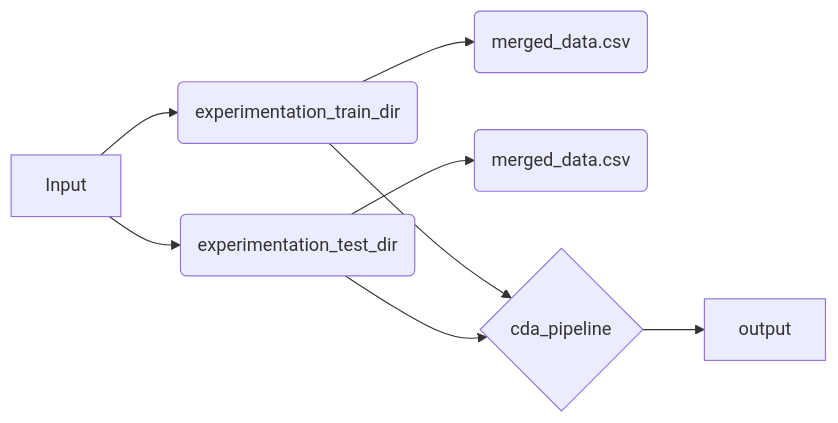
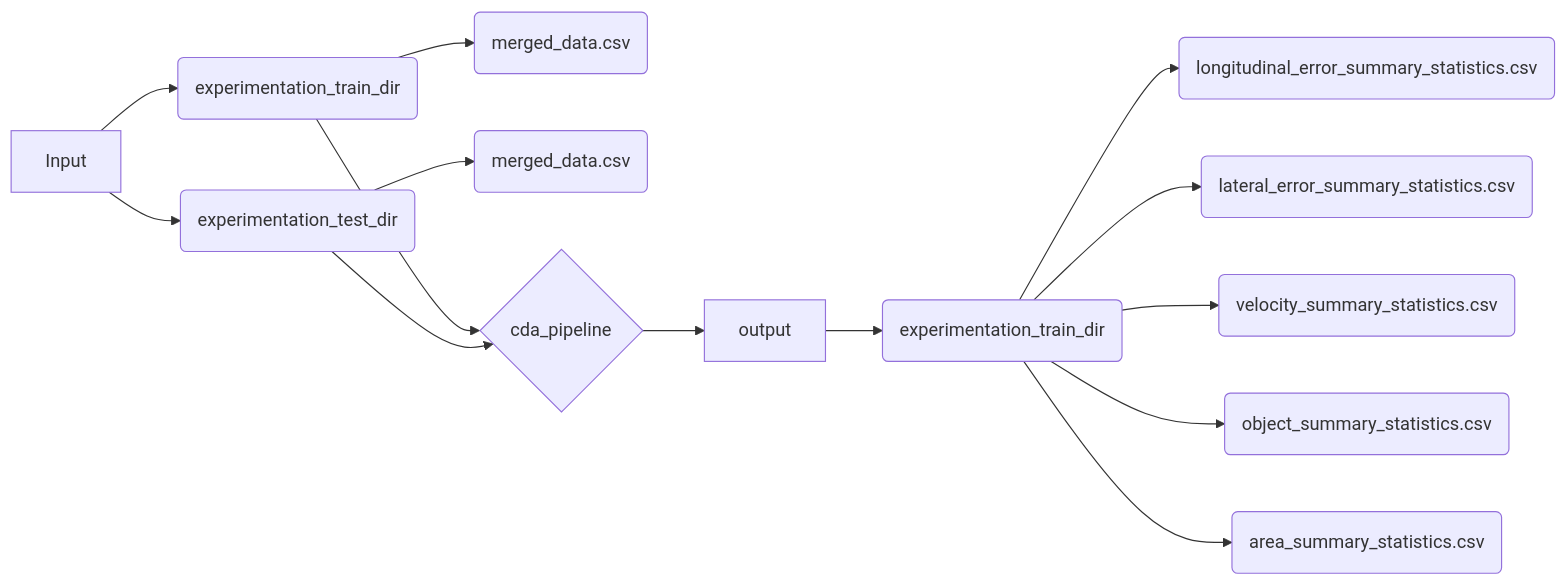
One commit to pdkengne/evops_manual changed the sixth of 10 diagrams in data-operations.qmd. Above: the diagram before and after it, drawn with Mermaid. The commit also changed other lines of this file and 2 other files, not shown here.

````diff
--- a/data-operations.qmd
+++ b/data-operations.qmd
@@ -201,10 +214,16 @@
 ```{mermaid}
 flowchart LR
   I[Input] --> A(experimentation_train_dir)
   A --> A1(merged_data.csv)
   I[Input] --> B(experimentation_test_dir)
   B --> B1(merged_data.csv)
   A --> E{cda_pipeline}
   B --> E
   E --> O[output]
+  O --> H(experimentation_train_dir)
+  H --> H1(longitudinal_error_summary_statistics.csv)
+  H --> H2(lateral_error_summary_statistics.csv)
+  H --> H3(velocity_summary_statistics.csv)
+  H --> H4(object_summary_statistics.csv)
+  H --> H5(area_summary_statistics.csv)
 ```
````
